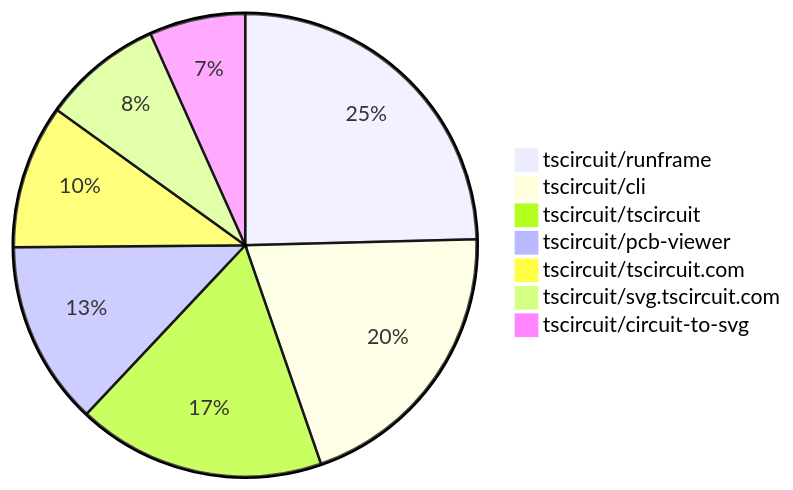
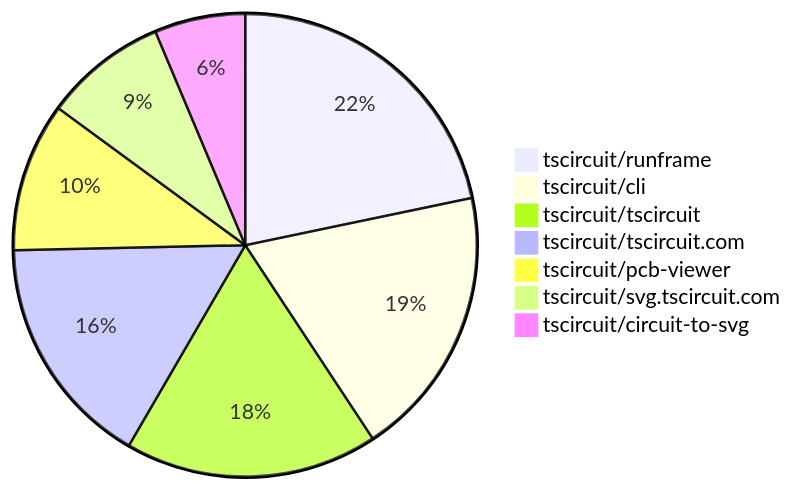
The second of 2 diagrams in README.md (tscircuit/contribution-tracker), drawn with Mermaid before and after one commit. The commit also changed other lines of this file and 3 other files, not shown here.

````diff
--- a/README.md
+++ b/README.md
@@ -124,10 +125,10 @@
 ```mermaid
 pie
-    "tscircuit/runframe" : 44
-    "tscircuit/cli" : 36
-    "tscircuit/tscircuit" : 31
+    "tscircuit/runframe" : 48
+    "tscircuit/cli" : 42
+    "tscircuit/tscircuit" : 39
+    "tscircuit/tscircuit.com" : 36
     "tscircuit/pcb-viewer" : 23
-    "tscircuit/tscircuit.com" : 18
-    "tscircuit/svg.tscircuit.com" : 15
-    "tscircuit/circuit-to-svg" : 12
+    "tscircuit/svg.tscircuit.com" : 19
+    "tscircuit/circuit-to-svg" : 14
 ```
````
